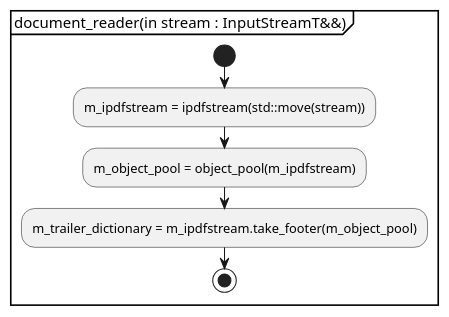
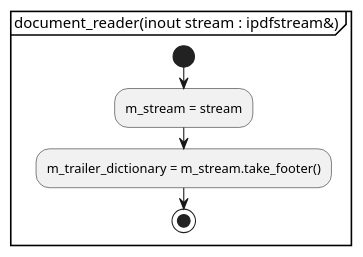
Before and after one commit to KodaiYM/PDFReader: the first of 2 diagrams in document/document_reader/document_reader.activity.pu, drawn with PlantUML. The commit also changed other lines of this file and 38 other files, not shown here.

Commit message:
object_pool 周りの依存関係の修正

```diff
--- a/document/document_reader/document_reader.activity.pu
+++ b/document/document_reader/document_reader.activity.pu
@@ -1,9 +1,8 @@
 @startuml document_reader
-partition "document_reader(in stream : InputStreamT&&)" {
+partition "document_reader(inout stream : ipdfstream&)" {
 start
-	:m_ipdfstream = ipdfstream(std::move(stream));
-	:m_object_pool = object_pool(m_ipdfstream);
-	:m_trailer_dictionary = m_ipdfstream.take_footer(m_object_pool);
+	:m_stream = stream;
+	:m_trailer_dictionary = m_stream.take_footer();
 stop
 }
 @enduml
```
